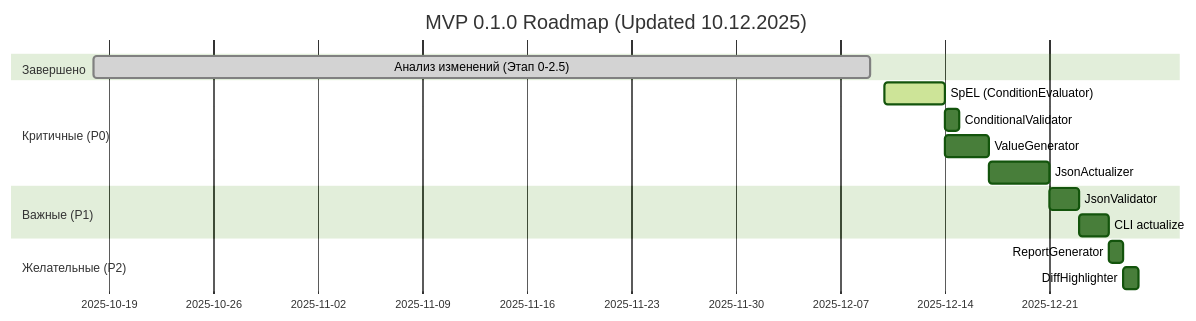
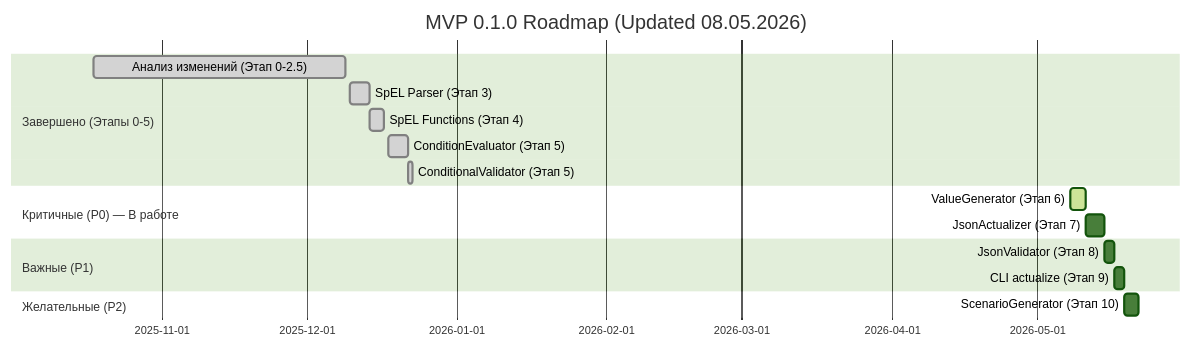
One commit to Chemixx/json-scenario-generator changed the diagram in docs/PRD.md. Above: the diagram before and after it, drawn with Mermaid (forest theme). The commit also changed other lines of this file and 6 other files, not shown here.

````diff
--- a/docs/PRD.md
+++ b/docs/PRD.md
@@ -265,22 +265,23 @@
 ```mermaid
 gantt
-    title MVP 0.1.0 Roadmap (Updated 10.12.2025)
+    title MVP 0.1.0 Roadmap (Updated 08.05.2026)
     dateFormat YYYY-MM-DD
     
-    section Завершено
-    Анализ изменений (Этап 0-2.5)  :done, 2025-10-18, 2025-12-09
+    section Завершено (Этапы 0-5)
+    Анализ изменений (Этап 0-2.5)   :done, 2025-10-18, 2025-12-09
+    SpEL Parser (Этап 3)            :done, 2025-12-10, 4d
+    SpEL Functions (Этап 4)         :done, 2025-12-14, 3d
+    ConditionEvaluator (Этап 5)     :done, 2025-12-18, 4d
+    ConditionalValidator (Этап 5)   :done, 2025-12-22, 1d
     
-    section Критичные (P0)
-    SpEL (ConditionEvaluator)       :active, 2025-12-10, 4d
-    ConditionalValidator            :2025-12-14, 1d
-    ValueGenerator                  :2025-12-14, 3d
-    JsonActualizer                  :2025-12-17, 4d
+    section Критичные (P0) — В работе
+    ValueGenerator (Этап 6)         :active, 2026-05-08, 3d
+    JsonActualizer (Этап 7)         :2026-05-11, 4d
     
     section Важные (P1)
-    JsonValidator                   :2025-12-21, 2d
-    CLI actualize                   :2025-12-23, 2d
+    JsonValidator (Этап 8)          :2026-05-15, 2d
+    CLI actualize (Этап 9)          :2026-05-17, 2d
     
     section Желательные (P2)
-    ReportGenerator                 :2025-12-25, 1d
-    DiffHighlighter                 :2025-12-26, 1d
+    ScenarioGenerator (Этап 10)     :2026-05-19, 3d
 ```
````
